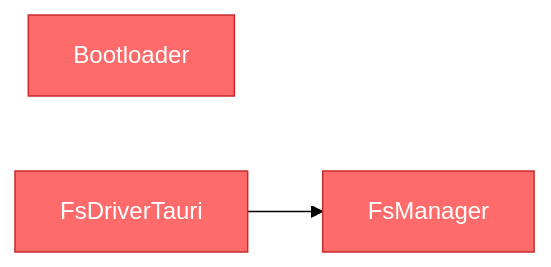
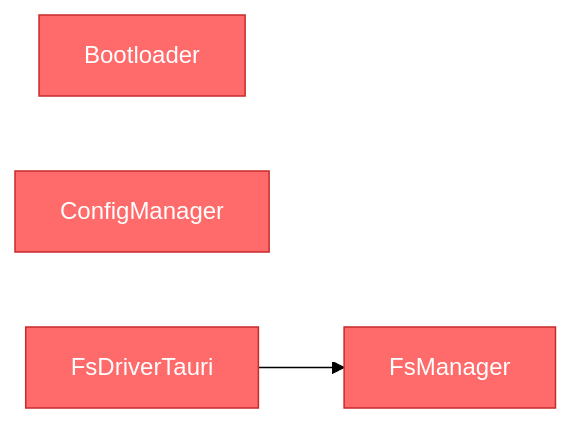
The diagram in artifacts/graph.mmd (khton-tech/notehub.md), drawn with Mermaid (forest theme) before and after one commit. The commit also changed 13 other files, not shown here.

Commit message:
feat: Introduce new `config-manager` system plugin, update plugin registry, and generate dependency graph.

```diff
--- a/artifacts/graph.mmd
+++ b/artifacts/graph.mmd
@@ -1,11 +1,12 @@
 flowchart LR
     nh_system_bootloader["Bootloader"]
+    nh_system_config-manager["ConfigManager"]
+    nh_system_fs-driver-tauri["FsDriverTauri"]
     nh_system_fs-manager["FsManager"]
-    nh_system_fs-driver-tauri["FsDriverTauri"]
     nh_system_fs-driver-tauri --> nh_system_fs-manager
 
     %% Styles
     classDef system fill:#ff6b6b,stroke:#c92a2a,color:#fff
     classDef ui fill:#4dabf7,stroke:#1971c2,color:#fff
     classDef feature fill:#51cf66,stroke:#2f9e44,color:#fff
-    class nh_system_bootloader,nh_system_fs-manager,nh_system_fs-driver-tauri system
+    class nh_system_bootloader,nh_system_config-manager,nh_system_fs-driver-tauri,nh_system_fs-manager system
```
